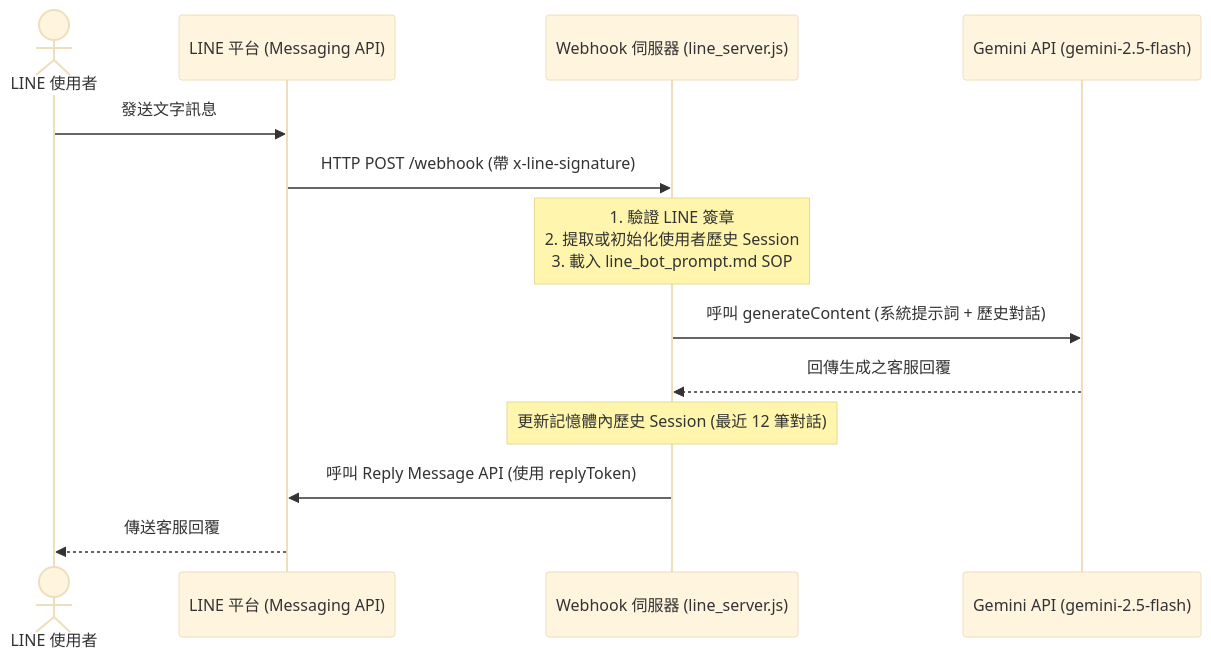
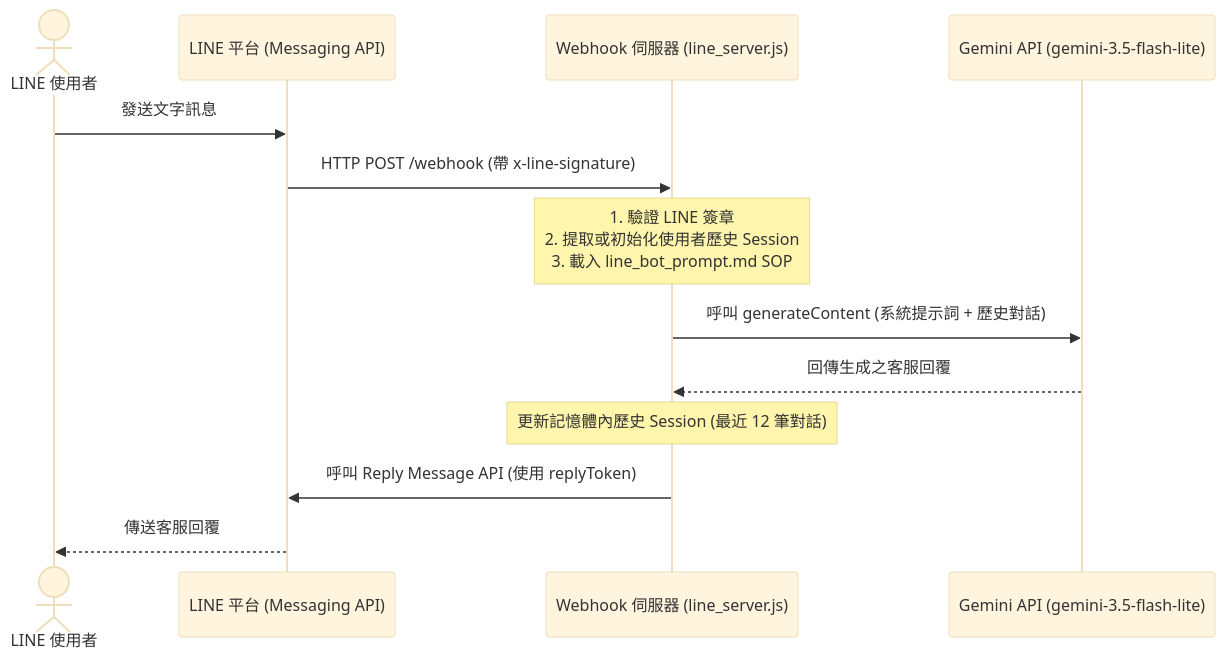
The diagram in 11_LINE_Bot_Gemini_API_對接與部署指南.md (azach258/jiangxia-banqiao), drawn with Mermaid (base theme) before and after one commit. The commit also changed 1 other file, not shown here.

Commit message:
docs: Record v1.4.4 migration to gemini-3.5-flash-lite in CHANGELOG and deploy guide

````diff
--- a/11_LINE_Bot_Gemini_API_對接與部署指南.md
+++ b/11_LINE_Bot_Gemini_API_對接與部署指南.md
@@ -23,16 +23,16 @@
 ```mermaid
 sequenceDiagram
     actor Customer as LINE 使用者
     participant LINE as LINE 平台 (Messaging API)
     participant Server as Webhook 伺服器 (line_server.js)
-    participant Gemini as Gemini API (gemini-2.5-flash)
+    participant Gemini as Gemini API (gemini-3.5-flash-lite)
     
     Customer->>LINE: 發送文字訊息
     LINE->>Server: HTTP POST /webhook (帶 x-line-signature)
     Note over Server: 1. 驗證 LINE 簽章<br/>2. 提取或初始化使用者歷史 Session<br/>3. 載入 line_bot_prompt.md SOP
     Server->>Gemini: 呼叫 generateContent (系統提示詞 + 歷史對話)
     Gemini-->>Server: 回傳生成之客服回覆
     Note over Server: 更新記憶體內歷史 Session (最近 12 筆對話)
     Server->>LINE: 呼叫 Reply Message API (使用 replyToken)
     LINE-->>Customer: 傳送客服回覆
 ```
````
